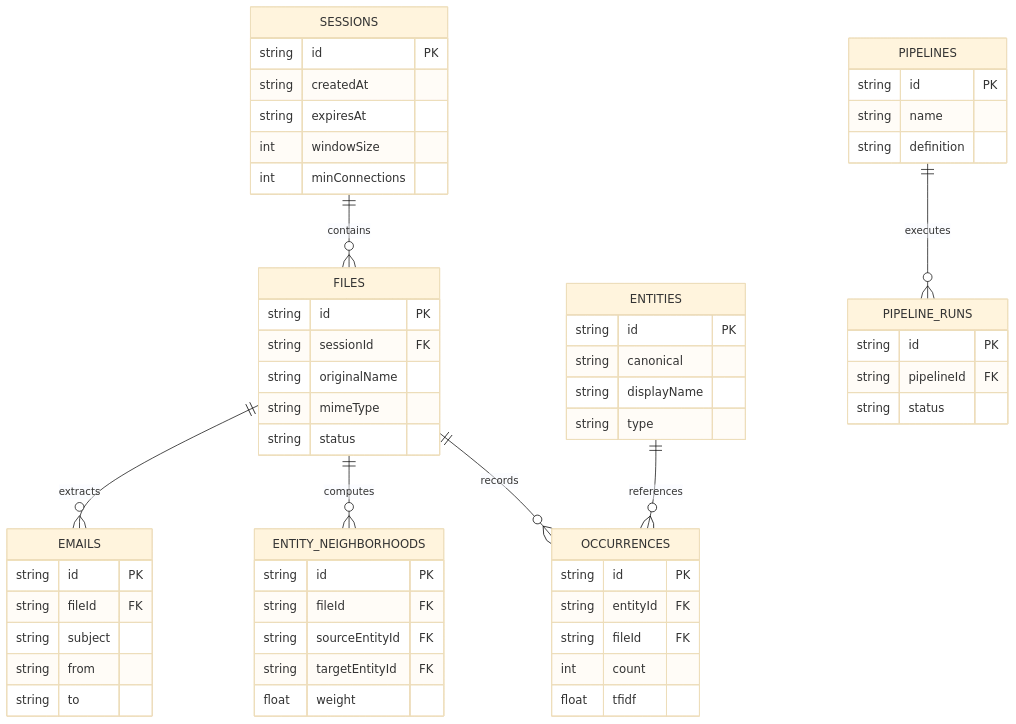
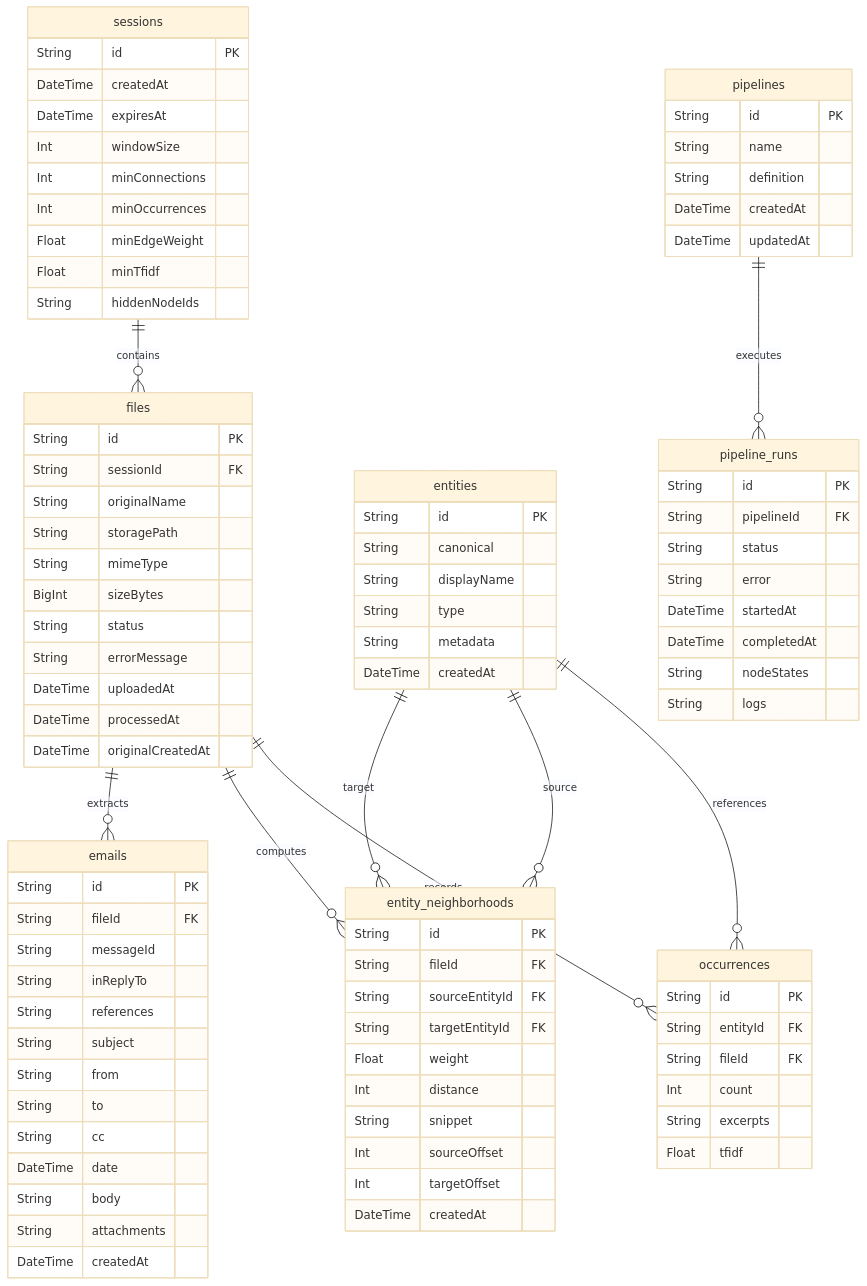
One commit to therealmaxence/Hackmanite changed the third of 6 diagrams in website/src/content/wiki/9_Project_Architecture.md. Above: the diagram before and after it, drawn with Mermaid (base theme). The commit also changed other lines of this file and 16 other files, not shown here.

````diff
--- a/website/src/content/wiki/9_Project_Architecture.md
+++ b/website/src/content/wiki/9_Project_Architecture.md
@@ -105,68 +161,103 @@
 ```mermaid
 erDiagram
-    SESSIONS ||--o{ FILES : contains
-    FILES ||--o{ OCCURRENCES : records
-    FILES ||--o{ ENTITY_NEIGHBORHOODS : computes
-    FILES ||--o{ EMAILS : extracts
-    ENTITIES ||--o{ OCCURRENCES : references
-    PIPELINES ||--o{ PIPELINE_RUNS : executes
+    sessions ||--o{ files : contains
+    files ||--o{ occurrences : records
+    files ||--o{ entity_neighborhoods : computes
+    files ||--o{ emails : extracts
+    entities ||--o{ occurrences : references
+    entities ||--o{ entity_neighborhoods : "source"
+    entities ||--o{ entity_neighborhoods : "target"
+    pipelines ||--o{ pipeline_runs : executes
 
-    SESSIONS {
-        string id PK
-        string createdAt
-        string expiresAt
-        int windowSize
-        int minConnections
+    sessions {
+        String id PK
+        DateTime createdAt
+        DateTime expiresAt
+        Int windowSize
+        Int minConnections
+        Int minOccurrences
+        Float minEdgeWeight
+        Float minTfidf
+        String hiddenNodeIds
     }
 
-    FILES {
-        string id PK
-        string sessionId FK
-        string originalName
-        string mimeType
-        string status
+    files {
+        String id PK
+        String sessionId FK
+        String originalName
+        String storagePath
+        String mimeType
+        BigInt sizeBytes
+        String status
+        String errorMessage
+        DateTime uploadedAt
+        DateTime processedAt
+        DateTime originalCreatedAt
     }
 
-    ENTITIES {
-        string id PK
-        string canonical
-        string displayName
-        string type
+    entities {
+        String id PK
+        String canonical
+        String displayName
+        String type
+        String metadata
+        DateTime createdAt
     }
 
-    OCCURRENCES {
-        string id PK
-        string entityId FK
-        string fileId FK
-        int count
-        float tfidf
+    occurrences {
+        String id PK
+        String entityId FK
+        String fileId FK
+        Int count
+        String excerpts
+        Float tfidf
     }
 
-    ENTITY_NEIGHBORHOODS {
-        string id PK
-        string fileId FK
-        string sourceEntityId FK
-        string targetEntityId FK
-        float weight
+    entity_neighborhoods {
+        String id PK
+        String fileId FK
+        String sourceEntityId FK
+        String targetEntityId FK
+        Float weight
+        Int distance
+        String snippet
+        Int sourceOffset
+        Int targetOffset
+        DateTime createdAt
     }
 
-    EMAILS {
-        string id PK
-        string fileId FK
-        string subject
-        string from
-        string to
+    emails {
+        String id PK
+        String fileId FK
+        String messageId
+        String inReplyTo
+        String references
+        String subject
+        String from
+        String to
+        String cc
+        DateTime date
+        String body
+        String attachments
+        DateTime createdAt
     }
 
-    PIPELINES {
-        string id PK
-        string name
-        string definition
+    pipelines {
+        String id PK
+        String name
+        String definition
+        DateTime createdAt
+        DateTime updatedAt
     }
 
-    PIPELINE_RUNS {
-        string id PK
-        string pipelineId FK
-        string status
+    pipeline_runs {
+        String id PK
+        String pipelineId FK
+        String status
+        String error
+        DateTime startedAt
+        DateTime completedAt
+        String nodeStates
+        String logs
     }
 ```
````
